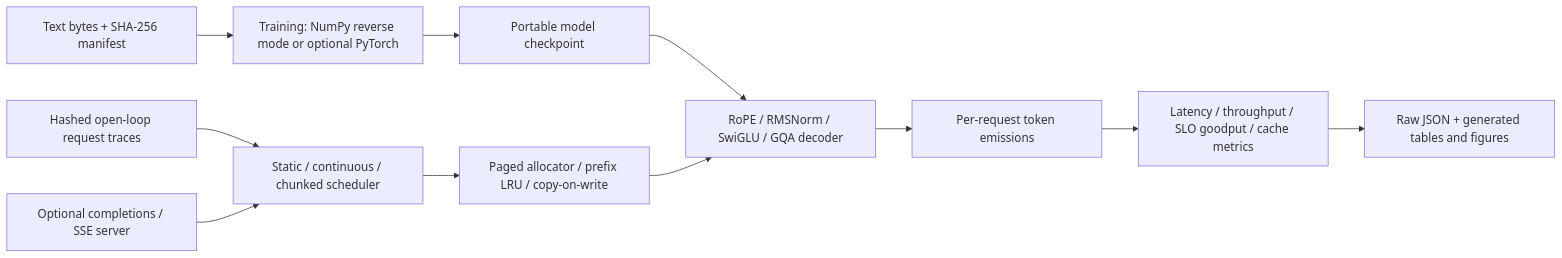
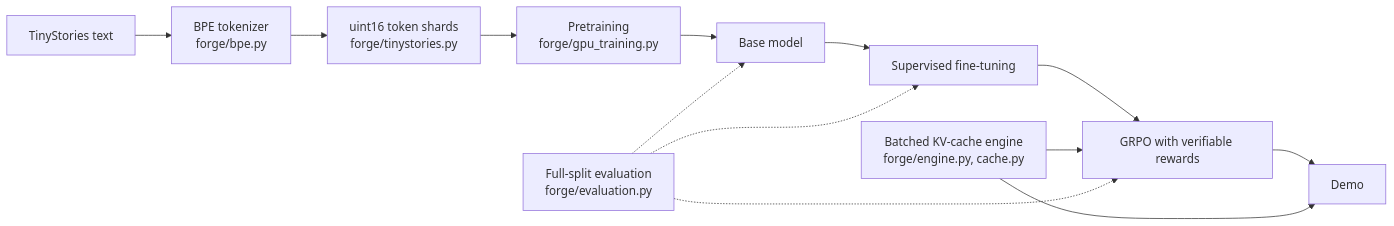
The diagram in README.md (mri-thakur/forge), drawn with Mermaid before and after one commit. The commit also changed other lines of this file, not shown here.

Commit message:
Rewrite the README around the from-scratch language model

````diff
--- a/README.md
+++ b/README.md
@@ -66,13 +78,15 @@
 ```mermaid
 flowchart LR
-  D[Text bytes + SHA-256 manifest] --> T[Training: NumPy reverse mode or optional PyTorch]
-  T --> W[Portable model checkpoint]
-  W --> M[RoPE / RMSNorm / SwiGLU / GQA decoder]
-  R[Hashed open-loop request traces] --> S[Static / continuous / chunked scheduler]
-  S --> K[Paged allocator / prefix LRU / copy-on-write]
-  K --> M
-  M --> O[Per-request token emissions]
-  O --> B[Latency / throughput / SLO goodput / cache metrics]
-  B --> J[Raw JSON + generated tables and figures]
-  A[Optional completions / SSE server] --> S
+  R[TinyStories text] --> T[BPE tokenizer<br/>forge/bpe.py]
+  T --> S[uint16 token shards<br/>forge/tinystories.py]
+  S --> P[Pretraining<br/>forge/gpu_training.py]
+  P --> B[Base model]
+  B --> F[Supervised fine-tuning]
+  F --> G[GRPO with verifiable rewards]
+  G --> D[Demo]
+  E[Batched KV-cache engine<br/>forge/engine.py, cache.py] --> G
+  E --> D
+  V[Full-split evaluation<br/>forge/evaluation.py] -.-> B
+  V -.-> F
+  V -.-> G
 ```
````
